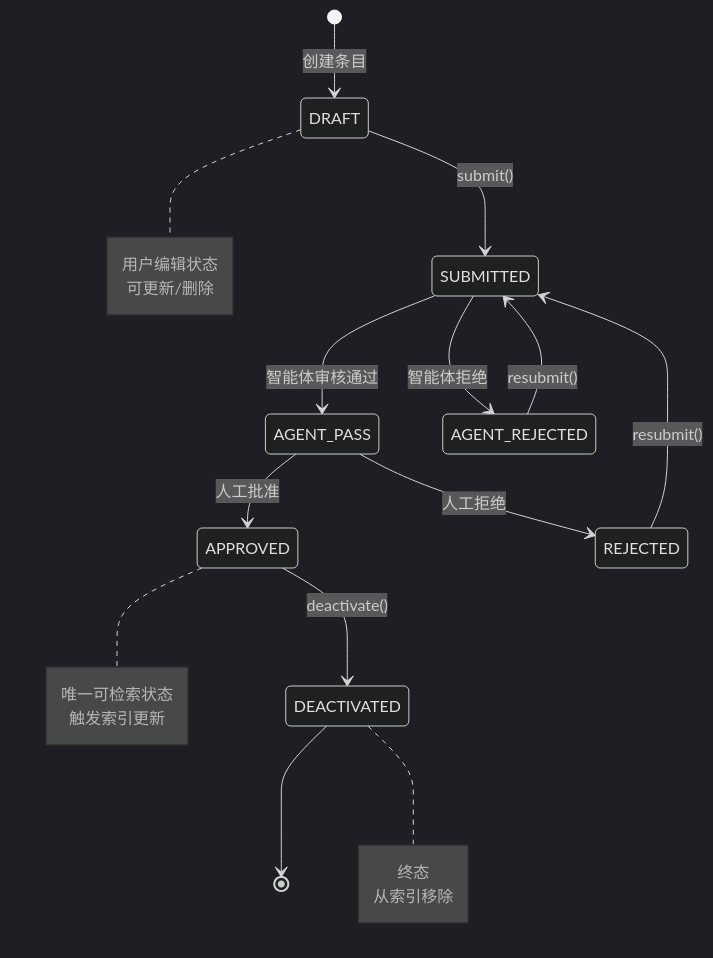
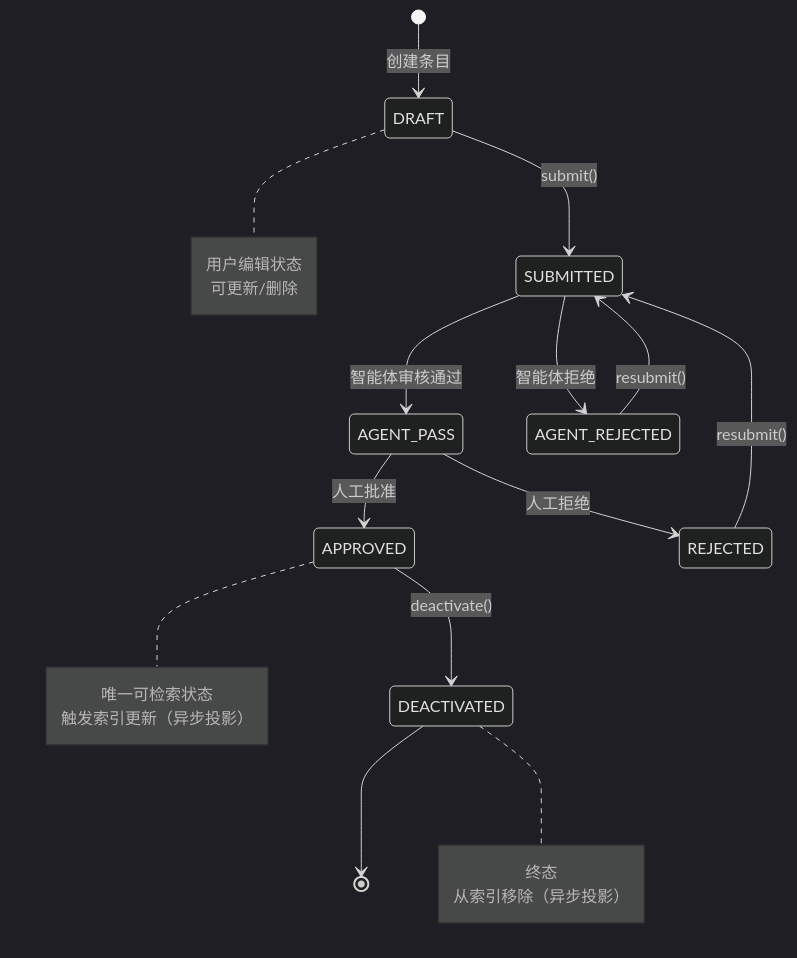
The second of 3 diagrams in docs/architecture/components/KNOWLEDGE_LIFECYCLE.md (pofossette/TrapMap-for-vibing), drawn with Mermaid (dark theme) before and after one commit. The commit also changed other lines of this file and 10 other files, not shown here.

````diff
--- a/docs/architecture/components/KNOWLEDGE_LIFECYCLE.md
+++ b/docs/architecture/components/KNOWLEDGE_LIFECYCLE.md
@@ -32,35 +32,35 @@
 ```mermaid
 stateDiagram-v2
     [*] --> DRAFT: 创建条目
 
     DRAFT --> SUBMITTED: submit()
 
     SUBMITTED --> AGENT_PASS: 智能体审核通过
     SUBMITTED --> AGENT_REJECTED: 智能体拒绝
 
     AGENT_PASS --> APPROVED: 人工批准
     AGENT_PASS --> REJECTED: 人工拒绝
 
     AGENT_REJECTED --> SUBMITTED: resubmit()
 
     REJECTED --> SUBMITTED: resubmit()
 
     APPROVED --> DEACTIVATED: deactivate()
 
     DEACTIVATED --> [*]
 
     note right of DRAFT
         用户编辑状态
         可更新/删除
     end note
 
     note right of APPROVED
         唯一可检索状态
-        触发索引更新
+        触发索引更新（异步投影）
     end note
 
     note right of DEACTIVATED
         终态
-        从索引移除
+        从索引移除（异步投影）
     end note
 ```
````
